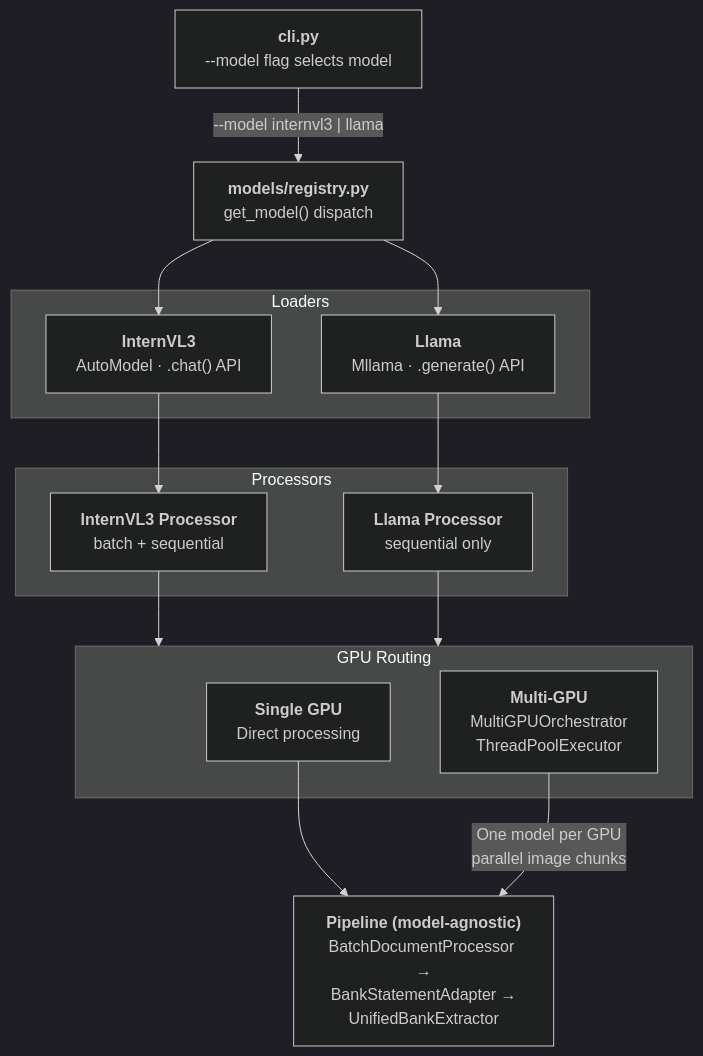
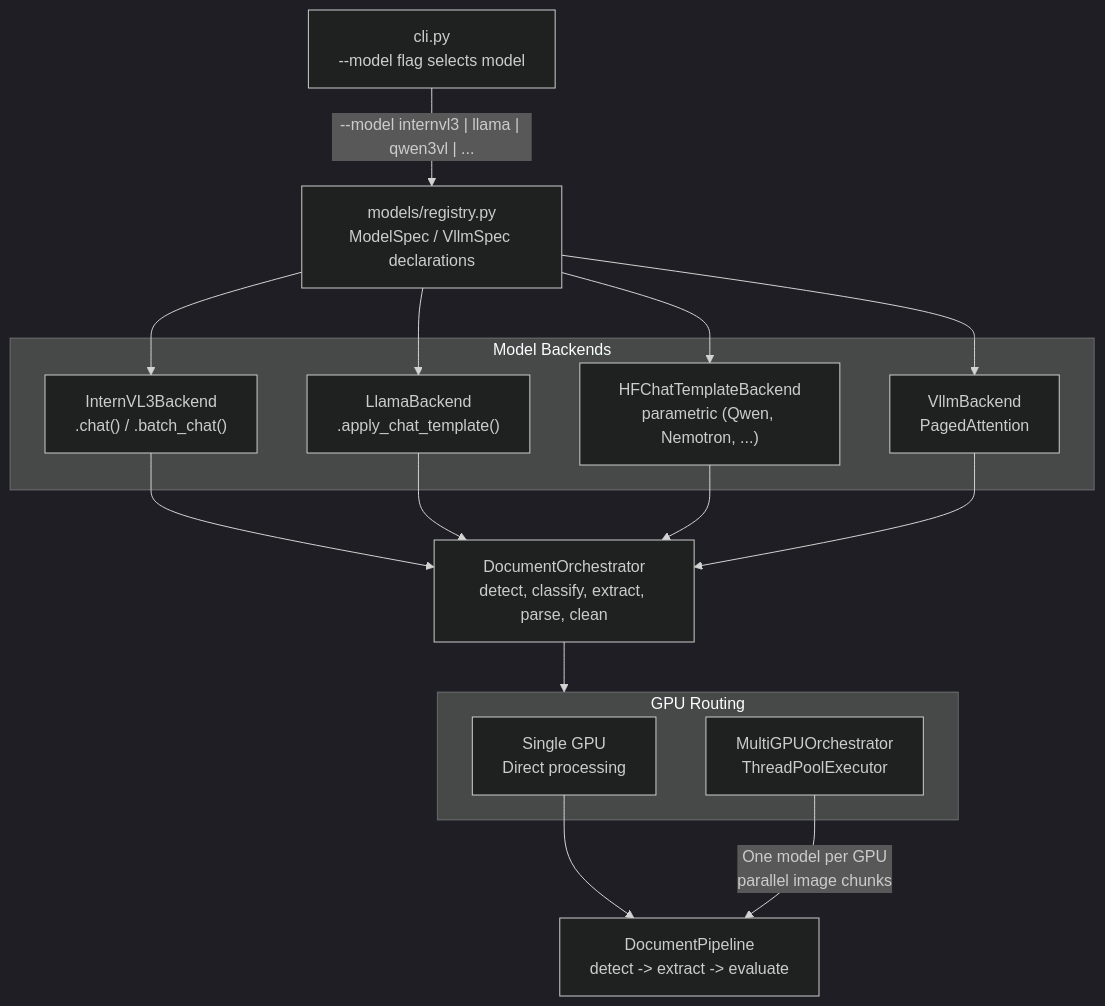
One commit to tmnestor/LMM_POC changed the first of 5 diagrams in README.md. Above: the diagram before and after it, drawn with Mermaid (dark theme). The commit also changed other lines of this file and 2 other files, not shown here.

Commit message:
📝 docs: rewrite README for post-refactor architecture, add Bedrock integration guide

````diff
--- a/README.md
+++ b/README.md
@@ -16,36 +27,38 @@
 ```mermaid
 graph TD
-    CLI["<b>cli.py</b><br/>--model flag selects model"]
-    REG["<b>models/registry.py</b><br/>get_model() dispatch"]
+    CLI["cli.py<br/>--model flag selects model"]
+    REG["models/registry.py<br/>ModelSpec / VllmSpec declarations"]
 
-    CLI -->|"--model internvl3 | llama"| REG
+    CLI -->|"--model internvl3 | llama | qwen3vl | ..."| REG
 
-    subgraph Loaders
-        IVL_LOAD["<b>InternVL3</b><br/>AutoModel · .chat() API"]
-        LLAMA_LOAD["<b>Llama</b><br/>Mllama · .generate() API"]
+    subgraph Backends["Model Backends"]
+        IVL["InternVL3Backend<br/>.chat() / .batch_chat()"]
+        LLAMA["LlamaBackend<br/>.apply_chat_template()"]
+        HF["HFChatTemplateBackend<br/>parametric (Qwen, Nemotron, ...)"]
+        VLLM["VllmBackend<br/>PagedAttention"]
     end
 
-    REG --> IVL_LOAD
-    REG --> LLAMA_LOAD
+    REG --> IVL
+    REG --> LLAMA
+    REG --> HF
+    REG --> VLLM
 
-    subgraph Processors
-        IVL_PROC["<b>InternVL3 Processor</b><br/>batch + sequential"]
-        LLAMA_PROC["<b>Llama Processor</b><br/>sequential only"]
+    ORCH["DocumentOrchestrator<br/>detect, classify, extract, parse, clean"]
+
+    IVL --> ORCH
+    LLAMA --> ORCH
+    HF --> ORCH
+    VLLM --> ORCH
+
+    subgraph GPU["GPU Routing"]
+        SINGLE["Single GPU<br/>Direct processing"]
+        MULTI["MultiGPUOrchestrator<br/>ThreadPoolExecutor"]
     end
 
-    IVL_LOAD --> IVL_PROC
-    LLAMA_LOAD --> LLAMA_PROC
+    ORCH --> GPU
 
-    subgraph GPU["GPU Routing"]
-        SINGLE["<b>Single GPU</b><br/>Direct processing"]
-        MULTI["<b>Multi-GPU</b><br/>MultiGPUOrchestrator<br/>ThreadPoolExecutor"]
-    end
-
-    IVL_PROC --> GPU
-    LLAMA_PROC --> GPU
-
-    PIPELINE["<b>Pipeline (model-agnostic)</b><br/>BatchDocumentProcessor →<br/>BankStatementAdapter →<br/>UnifiedBankExtractor"]
+    PIPELINE["DocumentPipeline<br/>detect -> extract -> evaluate"]
 
     SINGLE --> PIPELINE
     MULTI -->|"One model per GPU<br/>parallel image chunks"| PIPELINE
 ```
````
